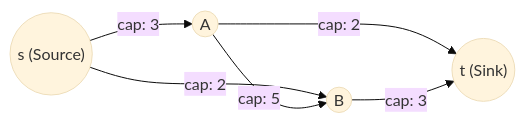
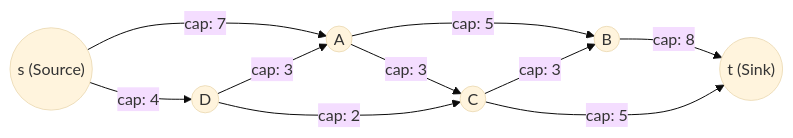
Before and after one commit to SMTEmon/2-2: the first of 5 diagrams in Algo/Final/Max Flow.md, drawn with Mermaid (base theme). The commit also changed other lines of this file and 6 other files, not shown here.

````diff
--- a/Algo/Final/Max Flow.md
+++ b/Algo/Final/Max Flow.md
@@ -19,8 +36,12 @@
 ```mermaid
 flowchart LR
-    s(("s (Source)")) -->|cap: 3| A(("A"))
-    s -->|cap: 2| B(("B"))
-    A -->|cap: 5| B
-    A -->|cap: 2| t(("t (Sink)"))
-    B -->|cap: 3| t
+    s(("s (Source)")) -->|"cap: 7"| A(("A"))
+    s -->|"cap: 4"| D(("D"))
+    D -->|"cap: 3"| A
+    D -->|"cap: 2"| C(("C"))
+    A -->|"cap: 5"| B(("B"))
+    A -->|"cap: 3"| C
+    C -->|"cap: 3"| B
+    C -->|"cap: 5"| t(("t (Sink)"))
+    B -->|"cap: 8"| t
 ```
````
